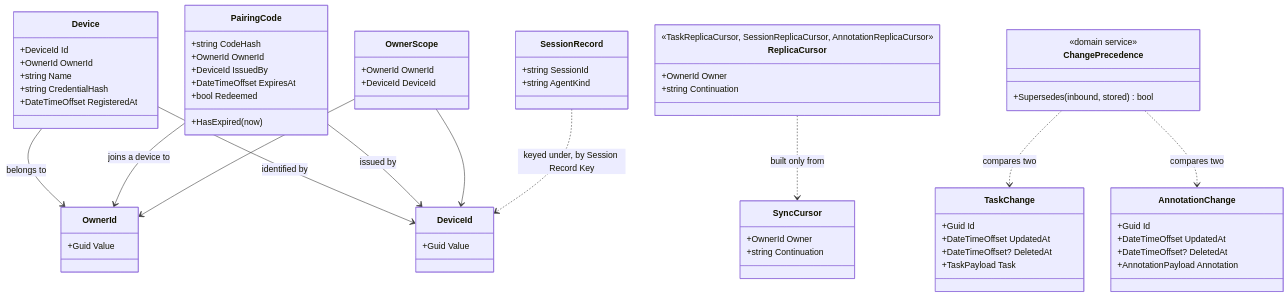
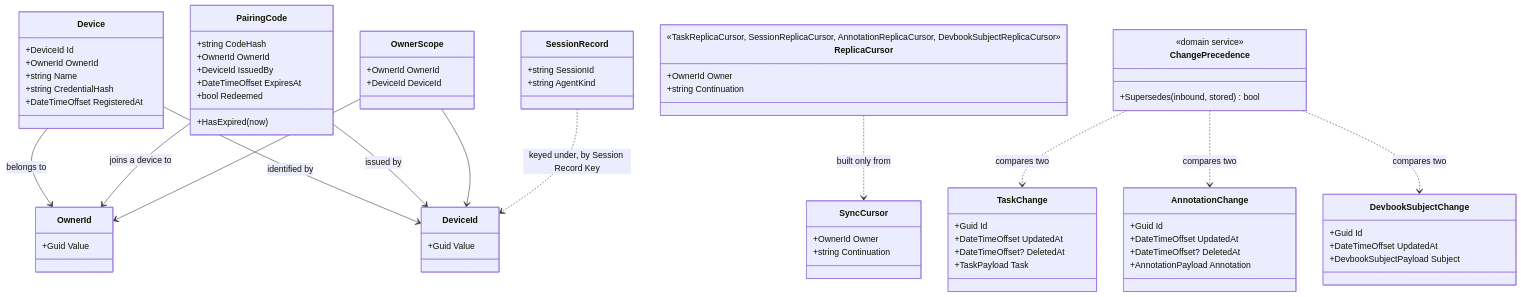
Before and after one commit to JSdotNet/Backlog: the diagram in .devbook/domain/sync/model.md, drawn with Mermaid. The commit also changed other lines of this file and 23 other files, not shown here.

First line of the commit message:
docs(devbook): record the devbook subject state store (branch-true-devbook:5)

````diff
--- a/.devbook/domain/sync/model.md
+++ b/.devbook/domain/sync/model.md
@@ -51,7 +51,7 @@
     }
 
     class ReplicaCursor {
-        <<TaskReplicaCursor, SessionReplicaCursor, AnnotationReplicaCursor>>
+        <<TaskReplicaCursor, SessionReplicaCursor, AnnotationReplicaCursor, DevbookSubjectReplicaCursor>>
         +OwnerId Owner
         +string Continuation
     }
@@ -75,6 +75,12 @@
         +AnnotationPayload Annotation
     }
 
+    class DevbookSubjectChange {
+        +Guid Id
+        +DateTimeOffset UpdatedAt
+        +DevbookSubjectPayload Subject
+    }
+
     class SessionRecord {
         +string SessionId
         +string AgentKind
@@ -89,5 +95,6 @@
     ReplicaCursor ..> SyncCursor : built only from
     ChangePrecedence ..> TaskChange : compares two
     ChangePrecedence ..> AnnotationChange : compares two
+    ChangePrecedence ..> DevbookSubjectChange : compares two
     SessionRecord ..> DeviceId : keyed under, by Session Record Key
 ```
````
